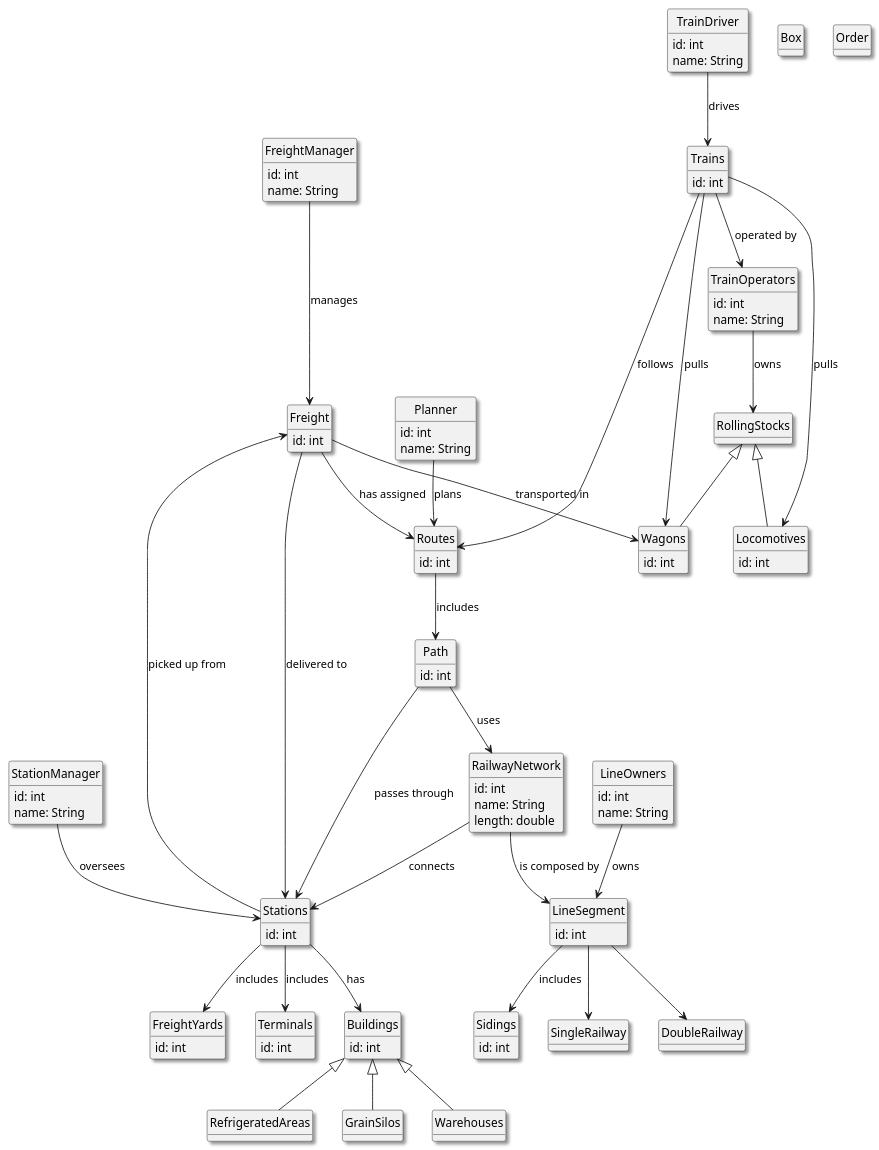
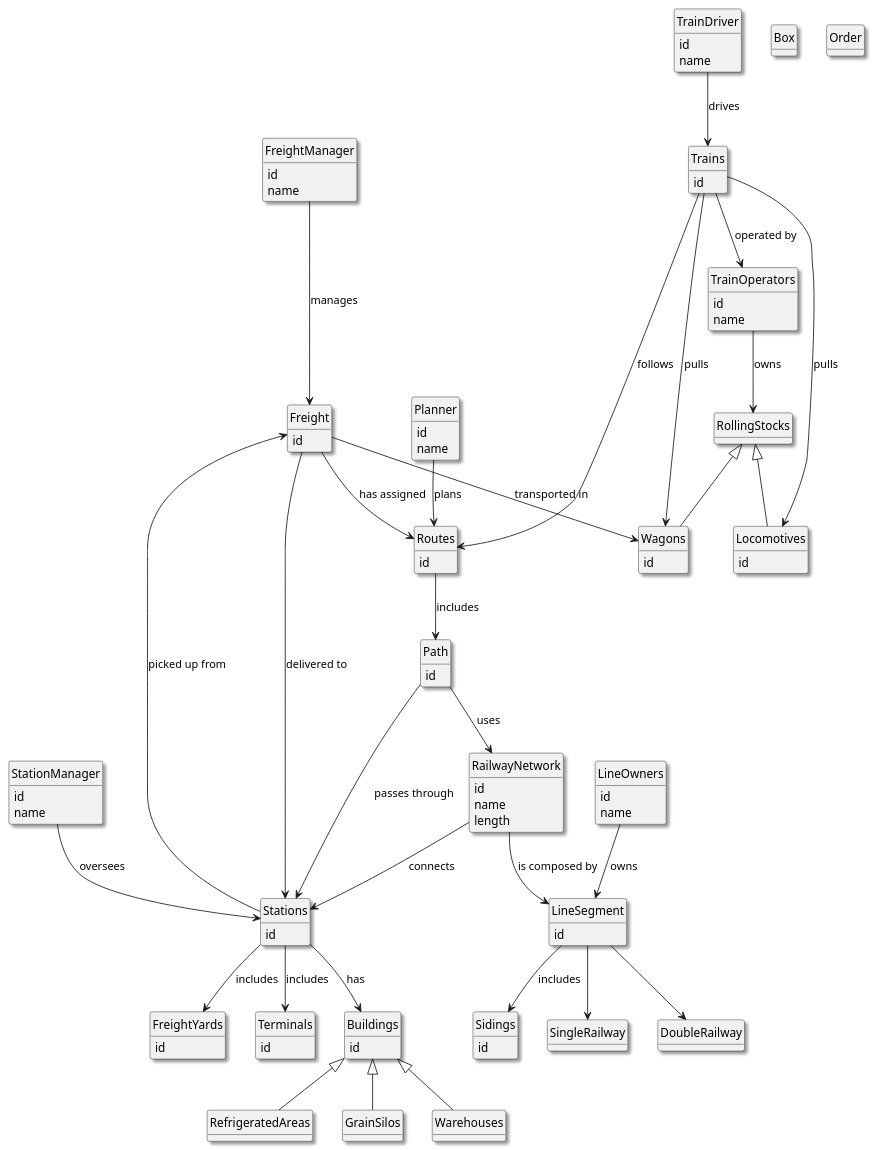
One commit to Departamento-de-Engenharia-Informatica/sem3-pi-25-26-g023-repo changed the diagram in src/SPRINT1/LAPR3/USLP01/domain model.puml. Above: the diagram before and after it, drawn with PlantUML. The commit also changed 1 other file, not shown here.

```diff
--- a/src/SPRINT1/LAPR3/USLP01/domain model.puml
+++ b/src/SPRINT1/LAPR3/USLP01/domain model.puml
@@ -1,158 +1,158 @@
 @startuml
 'https://plantuml.com/class-diagram
 
 
 skinparam monochrome true
 skinparam packageStyle rectangle
 skinparam shadowing true
 
 hide methods
 hide circle
 
 
 TrainOperators --> RollingStocks : owns
 
 Trains --> TrainOperators : operated by
 Trains --> Routes : follows
 Trains --> Wagons : pulls
 Trains --> Locomotives : pulls
 
 
 TrainDriver --> Trains : drives
 FreightManager ---> Freight : manages
 StationManager --> Stations : oversees
 
 LineSegment --> Sidings : includes
 
 RollingStocks <|-- Locomotives
 RollingStocks <|-- Wagons
 Freight --> Wagons : transported in
 
 LineSegment --> SingleRailway
 LineSegment --> DoubleRailway
 RailwayNetwork --> LineSegment : is composed by
 
 Stations --> FreightYards : includes
 Stations --> Terminals : includes
 
 RailwayNetwork --> Stations : connects
 
 Planner --> Routes : plans
 Routes --> Path : includes
 Path --> RailwayNetwork : uses
 Path --> Stations : passes through
 
 LineOwners --> LineSegment : owns
 
 Stations --> Buildings : has
 
 Buildings <|-- RefrigeratedAreas
 Buildings <|-- GrainSilos
 Buildings <|-- Warehouses
 
 Freight --> Stations : delivered to
 Freight <-- Stations : picked up from
 Freight --> Routes : has assigned
 
 class RailwayNetwork{
-id: int
-name: String
-length: double
+id
+name
+length
 }
 
 class TrainOperators{
-id: int
-name: String
+id
+name
 }
 
 class RollingStocks{
 }
 class Trains{
-id: int
+id
 }
 class Locomotives{
-id: int
+id
 }
 class Wagons{
-id: int
+id
 }
 class Freight{
-id: int
+id
 }
 
 class LineSegment{
-id: int
+id
 }
 
 class Box{
 }
 class Order{
 }
 
 
 
 
 class Routes{
-id: int
+id
 }
 class Path{
-id: int
+id
 }
 
 class SingleRailway{
 }
 class DoubleRailway{
 }
 
 
 
 class Stations{
-id: int
+id
 }
 class Buildings{
-id: int
+id
 }
 class Terminals{
-id: int
+id
 }
 
 
 class Warehouses{
 }
 class RefrigeratedAreas{
 }
 class GrainSilos{
 }
 
 class Planner{
-id: int
-name: String
+id
+name
 }
 class TrainDriver{
-id: int
-name: String
+id
+name
 }
 class FreightManager{
-id: int
-name: String
+id
+name
 }
 class StationManager{
-id: int
-name: String
+id
+name
 }
 
 class LineOwners{
-id: int
-name: String
+id
+name
 }
 
 class FreightYards{
-id: int
+id
 }
 class Sidings{
-id: int
+id
 }
 
 
 
 @enduml
```
